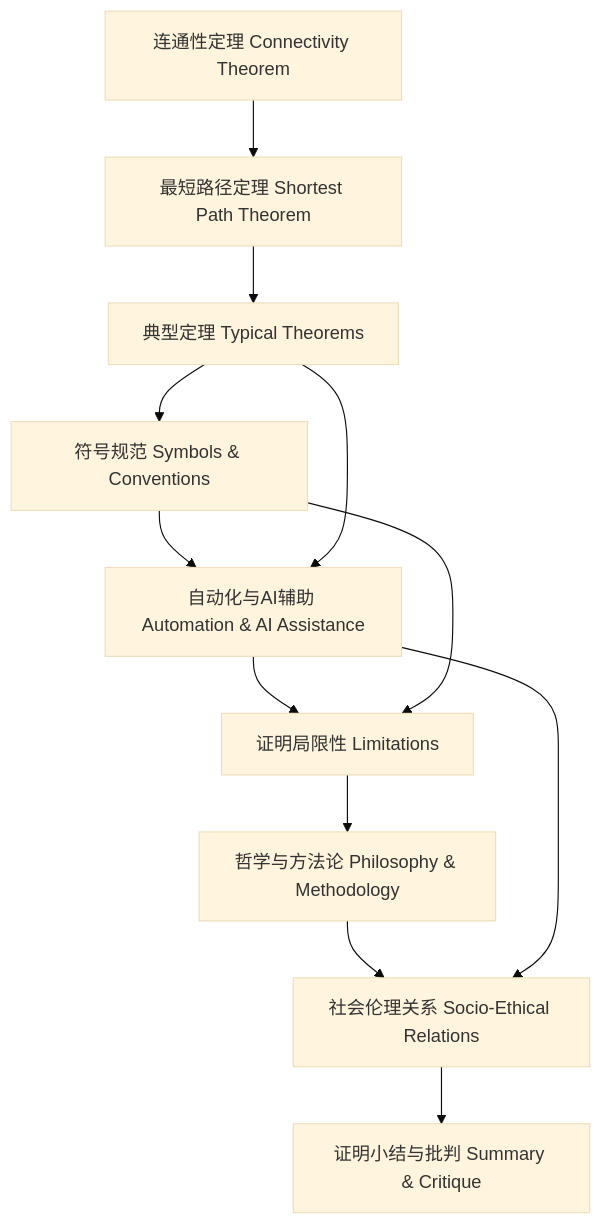
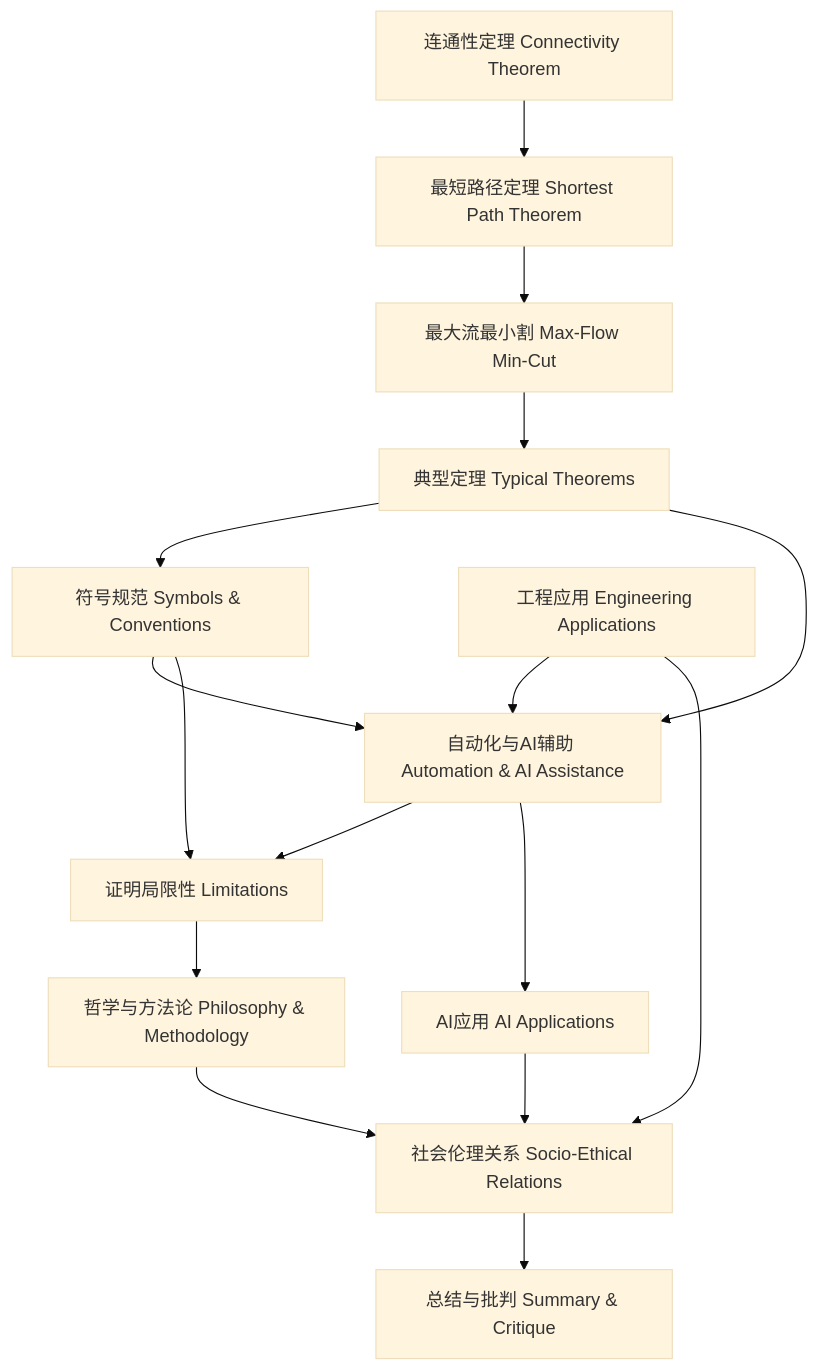
One commit to AdaMartin18010/SystemOSIOT changed the diagram in 8.网络系统/8.4 形式化证明/8.4.8 证明知识图谱.md. Above: the diagram before and after it, drawn with Mermaid (base theme). The commit also changed other lines of this file and 48 other files, not shown here.

````diff
--- a/8.网络系统/8.4 形式化证明/8.4.8 证明知识图谱.md
+++ b/8.网络系统/8.4 形式化证明/8.4.8 证明知识图谱.md
@@ -38,16 +54,22 @@
 ```mermaid
 graph TD
   A[连通性定理 Connectivity Theorem]
   B[最短路径定理 Shortest Path Theorem]
-  C[典型定理 Typical Theorems]
-  D[符号规范 Symbols & Conventions]
-  E[自动化与AI辅助 Automation & AI Assistance]
-  F[证明局限性 Limitations]
-  G[哲学与方法论 Philosophy & Methodology]
-  H[社会伦理关系 Socio-Ethical Relations]
-  I[证明小结与批判 Summary & Critique]
-  A --> B --> C --> D --> E --> F --> G --> H --> I
-  C --> E
+  C[最大流最小割 Max-Flow Min-Cut]
+  D[典型定理 Typical Theorems]
+  E[符号规范 Symbols & Conventions]
+  F[自动化与AI辅助 Automation & AI Assistance]
+  G[证明局限性 Limitations]
+  H[哲学与方法论 Philosophy & Methodology]
+  I[社会伦理关系 Socio-Ethical Relations]
+  J[工程应用 Engineering Applications]
+  K[AI应用 AI Applications]
+  L[总结与批判 Summary & Critique]
+  A --> B --> C --> D --> E --> F --> G --> H --> I --> L
   D --> F
-  E --> H
+  E --> G
+  F --> K
+  J --> F
+  K --> I
+  J --> I
 ```
````
